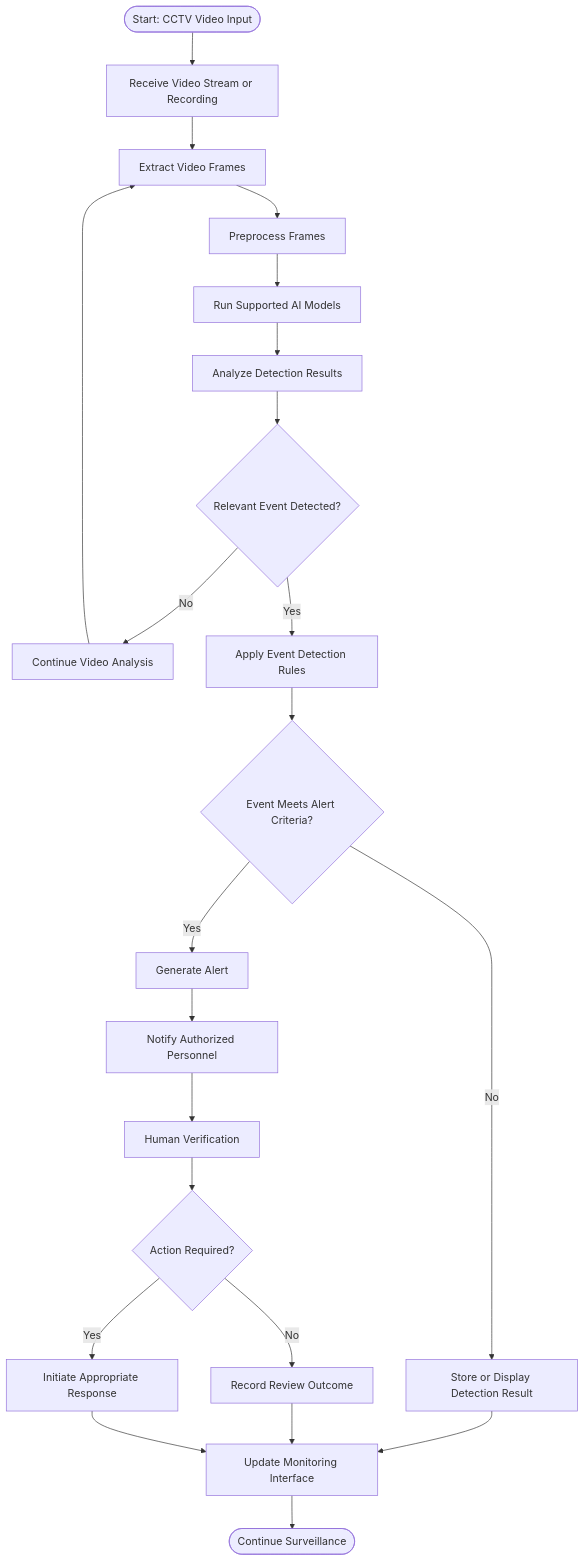
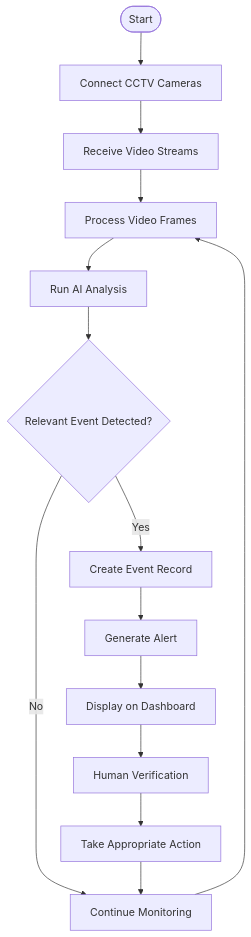
Before and after one commit to AmanRajSharma001/Lenz: the ninth of 13 diagrams in README.md, drawn with Mermaid. The commit also changed other lines of this file, not shown here.

````diff
--- a/README.md
+++ b/README.md
@@ -273,31 +351,16 @@
 ```mermaid
 flowchart TD
-    A(["Start: CCTV Video Input"]) --> B["Receive Video Stream or Recording"]
-    B --> C["Extract Video Frames"]
-    C --> D["Preprocess Frames"]
-    D --> E["Run Supported AI Models"]
-    E --> F["Analyze Detection Results"]
-
-    F --> G{"Relevant Event Detected?"}
-
-    G -- "No" --> H["Continue Video Analysis"]
-    H --> C
-
-    G -- "Yes" --> I["Apply Event Detection Rules"]
-    I --> J{"Event Meets Alert Criteria?"}
-
-    J -- "No" --> K["Store or Display Detection Result"]
-    J -- "Yes" --> L["Generate Alert"]
-
-    K --> M["Update Monitoring Interface"]
-    L --> N["Notify Authorized Personnel"]
-    N --> O["Human Verification"]
-    O --> P{"Action Required?"}
-
-    P -- "No" --> Q["Record Review Outcome"]
-    P -- "Yes" --> R["Initiate Appropriate Response"]
-
-    Q --> M
-    R --> M
-    M --> S(["Continue Surveillance"])
+    A([Start]) --> B[Connect CCTV Cameras]
+    B --> C[Receive Video Streams]
+    C --> D[Process Video Frames]
+    D --> E[Run AI Analysis]
+    E --> F{Relevant Event Detected?}
+    F -->|Yes| G[Create Event Record]
+    G --> H[Generate Alert]
+    H --> I[Display on Dashboard]
+    I --> J[Human Verification]
+    J --> K[Take Appropriate Action]
+    F -->|No| L[Continue Monitoring]
+    K --> L
+    L --> D
 ```
````
